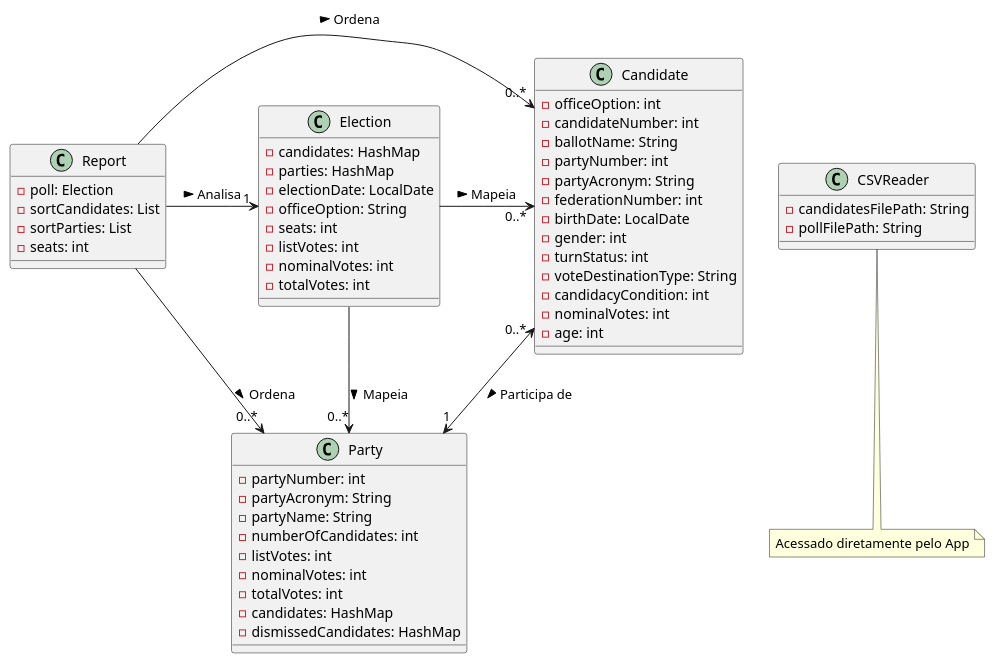
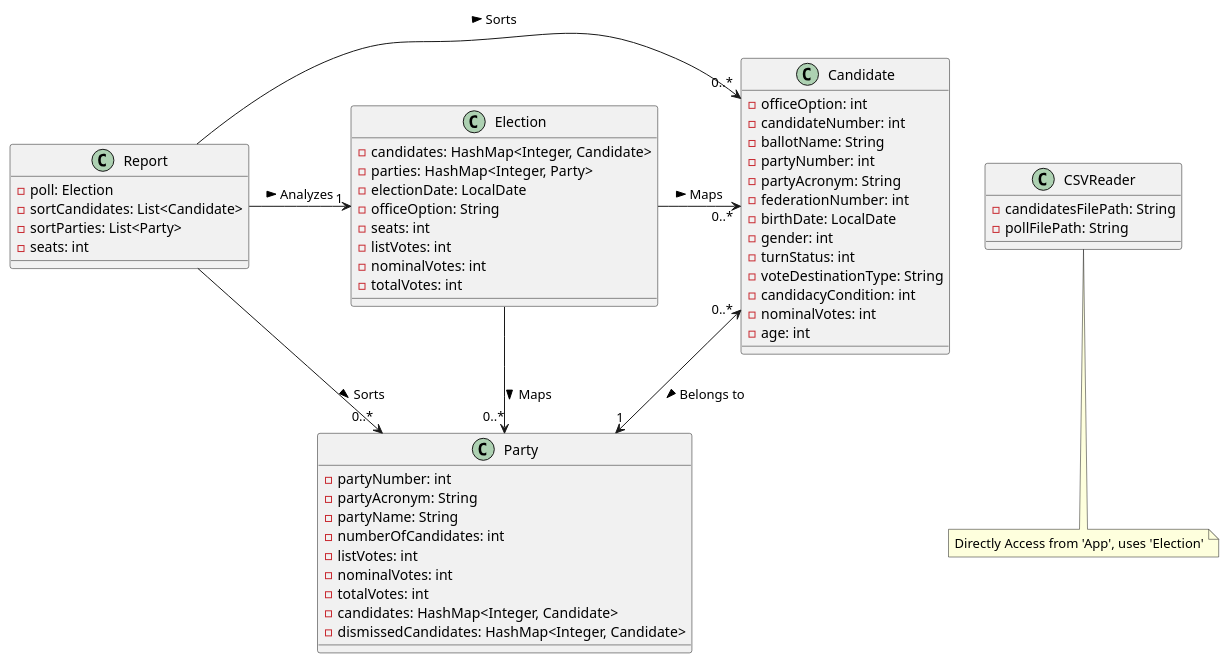
One commit to vitordcgomes/brazilian-election-analysis changed the diagram in UML-Diagram.puml. Above: the diagram before and after it, drawn with PlantUML.

Commit message:
UML Diagram updates

```diff
--- a/UML-Diagram.puml
+++ b/UML-Diagram.puml
@@ -1,65 +1,65 @@
 @startuml brazilian-elections-analysis
 
-Election -> "0..*" Candidate : Mapeia >
-Election -> "0..*" Party : Mapeia >
+Election -> "0..*" Candidate : Maps >
+Election -> "0..*" Party : Maps >
 
 class Election {
-    -candidates: HashMap
-    -parties: HashMap
+    -candidates: HashMap<Integer, Candidate>
+    -parties: HashMap<Integer, Party>
     -electionDate: LocalDate
     -officeOption: String
     -seats: int
     -listVotes: int
     -nominalVotes: int
     -totalVotes: int
 }
 
 class CSVReader{
     -candidatesFilePath: String
     -pollFilePath: String
 }
-note bottom of CSVReader: Acessado diretamente pelo App
+note bottom of CSVReader: Directly Access from 'App', uses 'Election'
 
-Candidate "0..*" <--> "1" Party : Participa de >
+Candidate "0..*" <--> "1" Party : Belongs to >
  
 class Candidate{
     -officeOption: int
     -candidateNumber: int
     -ballotName: String
     -partyNumber: int
     -partyAcronym: String
     -federationNumber: int
     -birthDate: LocalDate
     -gender: int
     -turnStatus: int
     -voteDestinationType: String
     -candidacyCondition: int
     -nominalVotes: int
     -age: int
 }
 
 class Party{
     -partyNumber: int
     -partyAcronym: String
     -partyName: String
     -numberOfCandidates: int
     -listVotes: int
     -nominalVotes: int
     -totalVotes: int
-    -candidates: HashMap
-    -dismissedCandidates: HashMap
+    -candidates: HashMap<Integer, Candidate>
+    -dismissedCandidates: HashMap<Integer, Candidate>
 }
 
 class Report {
     -poll: Election
-    -sortCandidates: List
-    -sortParties: List
+    -sortCandidates: List<Candidate>
+    -sortParties: List<Party>
     -seats: int
 }
 
-Report -> "1" Election : Analisa >
-Report --right> "0..*" Candidate : Ordena > 
-Report --> "0..*" Party : Ordena >
+Report -> "1" Election : Analyzes >
+Report --right> "0..*" Candidate : Sorts > 
+Report --> "0..*" Party : Sorts >
 
 
 @enduml
```
